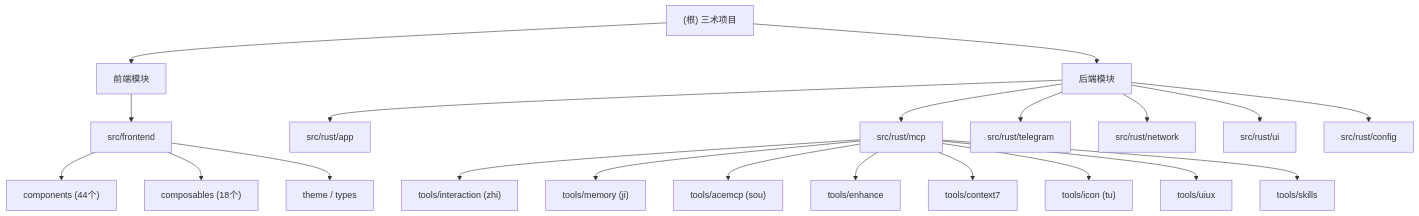
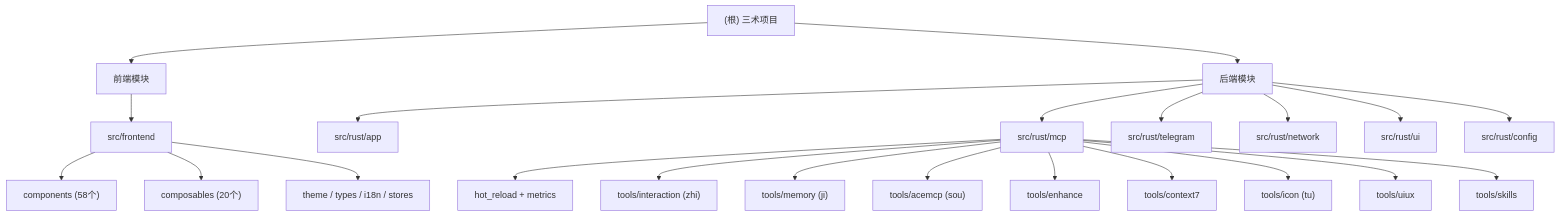
Before and after one commit to yunsheng111/sanshu: the diagram in CLAUDE.md, drawn with Mermaid. The commit also changed other lines of this file and 62 other files, not shown here.

````diff
--- a/CLAUDE.md
+++ b/CLAUDE.md
@@ -61,42 +88,43 @@
 ```mermaid
 graph TD
     A["(根) 三术项目"] --> B["前端模块"];
     A --> C["后端模块"];
 
     B --> B1["src/frontend"];
-    B1 --> B11["components (44个)"];
-    B1 --> B12["composables (18个)"];
-    B1 --> B13["theme / types"];
+    B1 --> B11["components (58个)"];
+    B1 --> B12["composables (20个)"];
+    B1 --> B13["theme / types / i18n / stores"];
 
     C --> C1["src/rust/app"];
     C --> C2["src/rust/mcp"];
     C --> C3["src/rust/telegram"];
     C --> C4["src/rust/network"];
     C --> C5["src/rust/ui"];
     C --> C6["src/rust/config"];
 
+    C2 --> C20["hot_reload + metrics"];
     C2 --> C21["tools/interaction (zhi)"];
     C2 --> C22["tools/memory (ji)"];
     C2 --> C23["tools/acemcp (sou)"];
     C2 --> C24["tools/enhance"];
     C2 --> C25["tools/context7"];
     C2 --> C26["tools/icon (tu)"];
     C2 --> C27["tools/uiux"];
     C2 --> C28["tools/skills"];
 
     click B1 "./src/frontend/CLAUDE.md" "查看前端模块文档"
     click C1 "./src/rust/app/CLAUDE.md" "查看应用模块文档"
     click C2 "./src/rust/mcp/CLAUDE.md" "查看 MCP 模块文档"
     click C21 "./src/rust/mcp/tools/interaction/CLAUDE.md" "查看交互工具文档"
     click C22 "./src/rust/mcp/tools/memory/CLAUDE.md" "查看记忆工具文档"
     click C23 "./src/rust/mcp/tools/acemcp/CLAUDE.md" "查看搜索工具文档"
     click C24 "./src/rust/mcp/tools/enhance/CLAUDE.md" "查看增强工具文档"
     click C25 "./src/rust/mcp/tools/context7/CLAUDE.md" "查看文档查询工具文档"
     click C26 "./src/rust/mcp/tools/icon/CLAUDE.md" "查看图标工坊文档"
     click C27 "./src/rust/mcp/tools/uiux/CLAUDE.md" "查看 UI/UX 工具文档"
     click C28 "./src/rust/mcp/tools/skills/CLAUDE.md" "查看技能运行时文档"
     click C3 "./src/rust/telegram/CLAUDE.md" "查看 Telegram 模块文档"
     click C4 "./src/rust/network/CLAUDE.md" "查看网络模块文档"
     click C5 "./src/rust/ui/CLAUDE.md" "查看 UI 模块文档"
     click C6 "./src/rust/config/CLAUDE.md" "查看配置模块文档"
 ```
````
